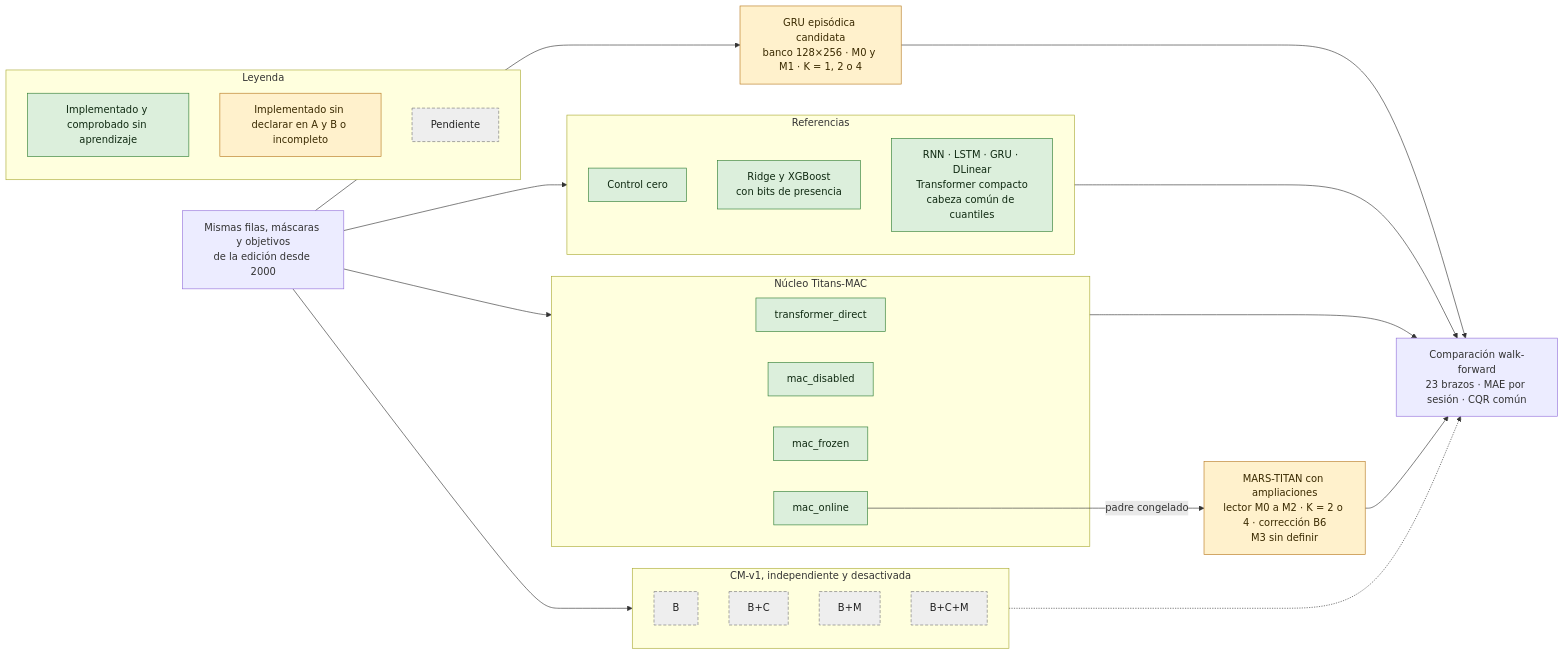
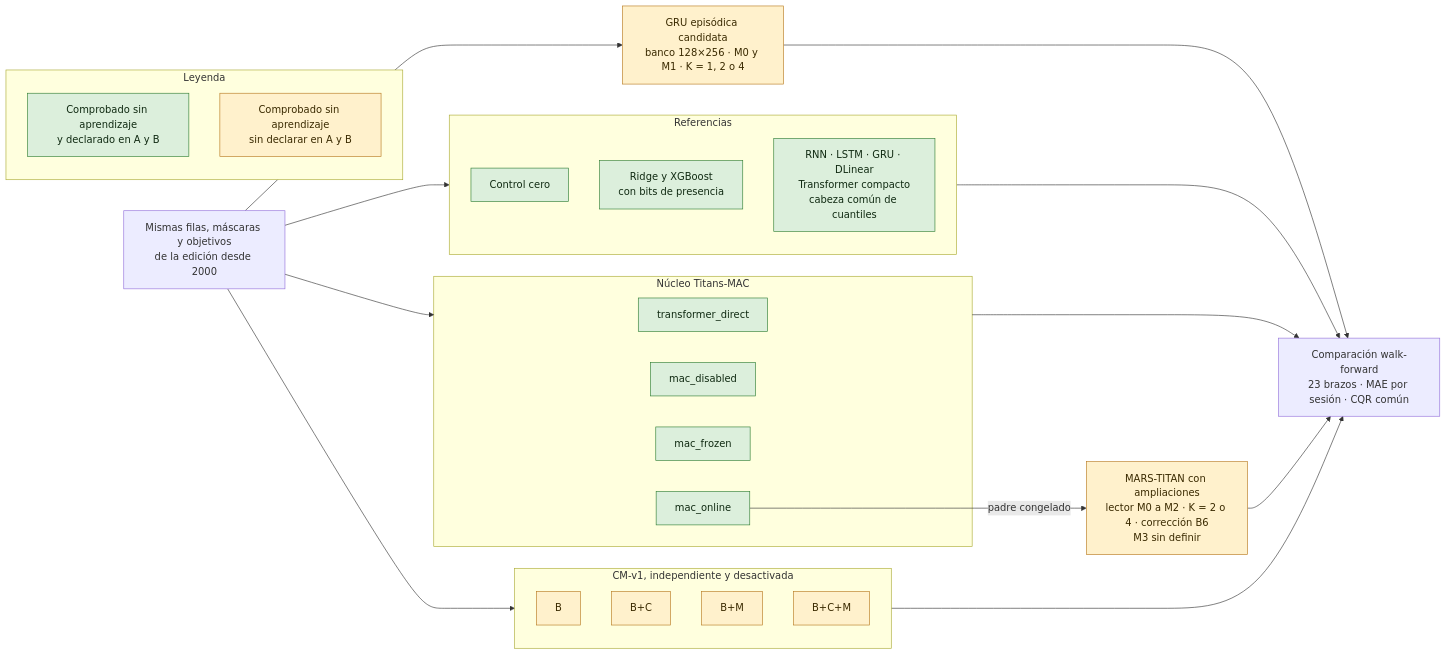
One commit to GonxKZ/mars-titan changed the second of 3 diagrams in README.md. Above: the diagram before and after it, drawn with Mermaid. The commit also changed other lines of this file and 3 other files, not shown here.

````diff
--- a/README.md
+++ b/README.md
@@ -71,51 +73,50 @@
 ```mermaid
 flowchart LR
     D["Mismas filas, máscaras y objetivos<br/>de la edición desde 2000"]
 
     subgraph REF["Referencias"]
         Z["Control cero"]:::comprobado
         TAB["Ridge y XGBoost<br/>con bits de presencia"]:::comprobado
         NEU["RNN · LSTM · GRU · DLinear<br/>Transformer compacto<br/>cabeza común de cuantiles"]:::comprobado
     end
 
     G["GRU episódica candidata<br/>banco 128×256 · M0 y M1 · K = 1, 2 o 4"]:::parcial
 
     subgraph TIT["Núcleo Titans-MAC"]
         T1["transformer_direct"]:::comprobado
         T2["mac_disabled"]:::comprobado
         T3["mac_frozen"]:::comprobado
         T4["mac_online"]:::comprobado
     end
 
     M["MARS-TITAN con ampliaciones<br/>lector M0 a M2 · K = 2 o 4 · corrección B6<br/>M3 sin definir"]:::parcial
 
     subgraph CM["CM-v1, independiente y desactivada"]
-        C1["B"]:::pendiente
-        C2["B+C"]:::pendiente
-        C3["B+M"]:::pendiente
-        C4["B+C+M"]:::pendiente
+        C1["B"]:::parcial
+        C2["B+C"]:::parcial
+        C3["B+M"]:::parcial
+        C4["B+C+M"]:::parcial
     end
 
     EV["Comparación walk-forward<br/>23 brazos · MAE por sesión · CQR común"]
 
     D --> REF
     D --> G
     D --> TIT
     D --> CM
     T4 -- padre congelado --> M
     REF --> EV
     G --> EV
     TIT --> EV
     M --> EV
-    CM -.-> EV
+    CM --> EV
 
     subgraph LEY["Leyenda"]
-        L1["Implementado y comprobado sin aprendizaje"]:::comprobado
-        L2["Implementado sin declarar en A y B o incompleto"]:::parcial
-        L3["Pendiente"]:::pendiente
+        L1["Comprobado sin aprendizaje<br/>y declarado en A y B"]:::comprobado
+        L2["Comprobado sin aprendizaje<br/>sin declarar en A y B"]:::parcial
     end
 
     classDef comprobado fill:#dcefdc,stroke:#2e7d32,color:#102a12
     classDef parcial fill:#fff1cc,stroke:#b7791f,color:#3a2a00
     classDef pendiente fill:#eeeeee,stroke:#757575,color:#222222,stroke-dasharray:5 3
 ```
````
